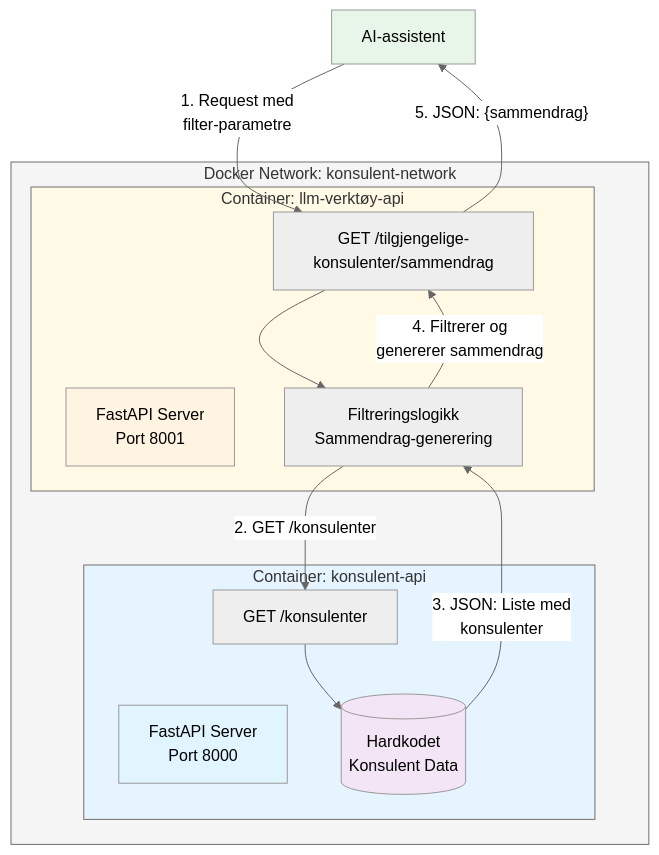
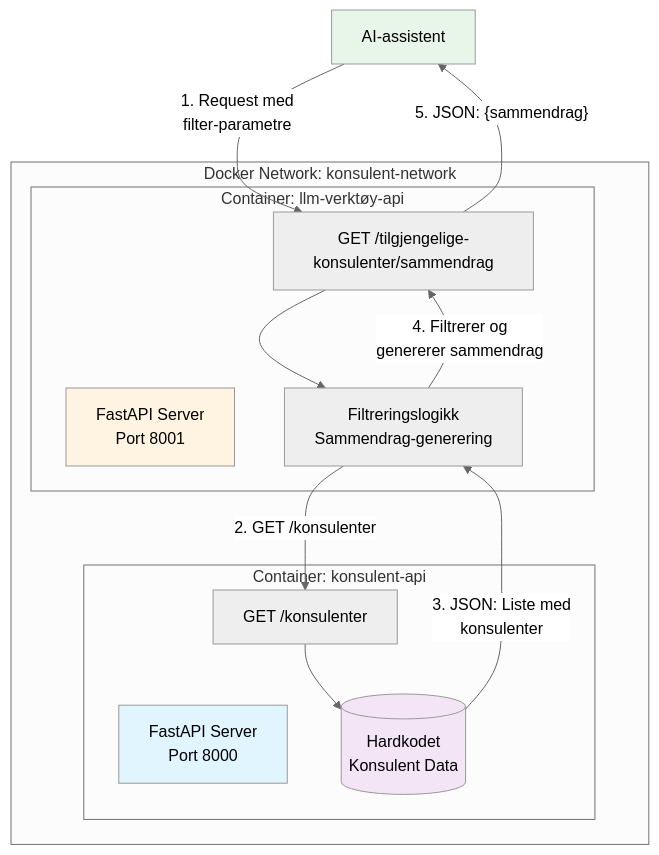
The first of 2 diagrams in README.md (shirdarec/konsulent-staffing-mcp), drawn with Mermaid (neutral theme) before and after one commit.

Commit message:
Fix: Remove extra colors from Mermaid diagram to match original version

````diff
--- a/README.md
+++ b/README.md
@@ -18,34 +18,31 @@
 ```mermaid
 graph TB
     CLIENT["AI-assistent"]
     
     subgraph NET["Docker Network: konsulent-network"]
         subgraph LVA_CONTAINER["Container: llm-verktøy-api"]
             LVA["FastAPI Server<br/>Port 8001"]
             LVA_EP["GET /tilgjengelige-konsulenter/sammendrag"]
             LVA_LOGIC["Filtreringslogikk<br/>Sammendrag-generering"]
         end
         
         subgraph KA_CONTAINER["Container: konsulent-api"]
             KA["FastAPI Server<br/>Port 8000"]
             KA_EP["GET /konsulenter"]
             KA_DATA[("Hardkodet<br/>Konsulent Data")]
         end
     end
     
     CLIENT -->|"1. Request med<br/>filter-parametre"| LVA_EP
     LVA_EP --> LVA_LOGIC
     LVA_LOGIC -->|"2. GET /konsulenter"| KA_EP
     KA_EP --> KA_DATA
     KA_DATA -->|"3. JSON: Liste med<br/>konsulenter"| LVA_LOGIC
     LVA_LOGIC -->|"4. Filtrerer og<br/>genererer sammendrag"| LVA_EP
     LVA_EP -->|"5. JSON: {sammendrag}"| CLIENT
     
     style KA fill:#e1f5ff
     style LVA fill:#fff4e1
     style CLIENT fill:#e8f5e9
     style KA_DATA fill:#f3e5f5
-    style NET fill:#f5f5f5
-    style LVA_CONTAINER fill:#fff9e6
-    style KA_CONTAINER fill:#e6f4ff
 ```
````
